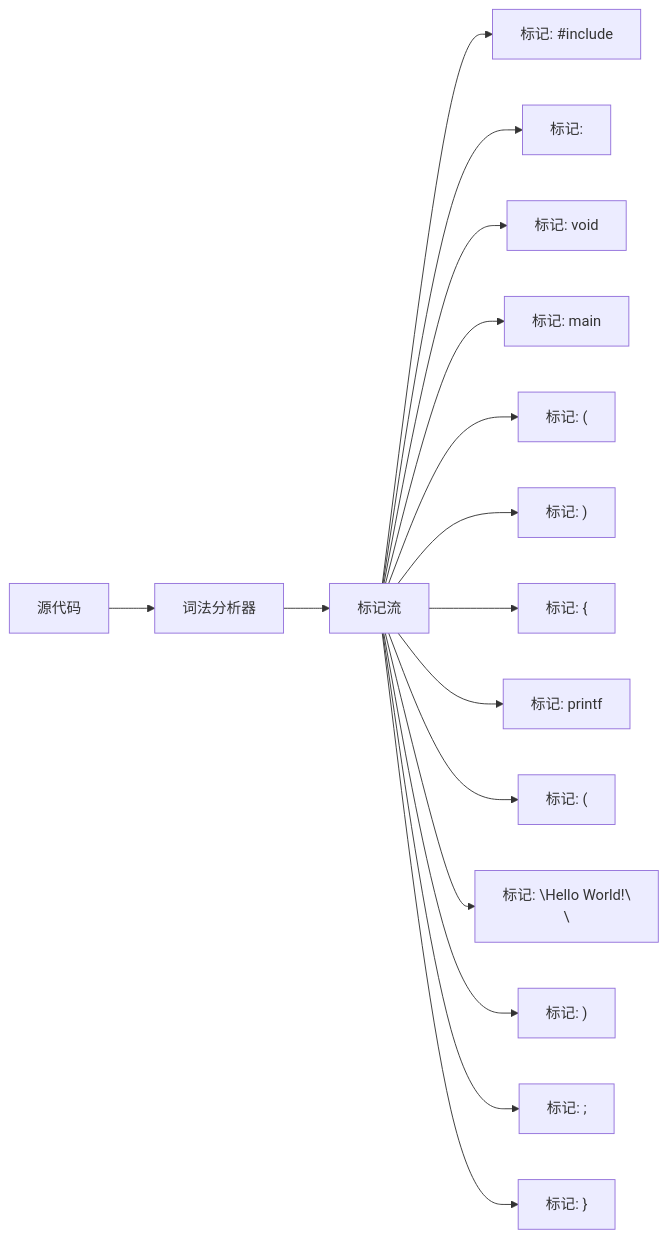
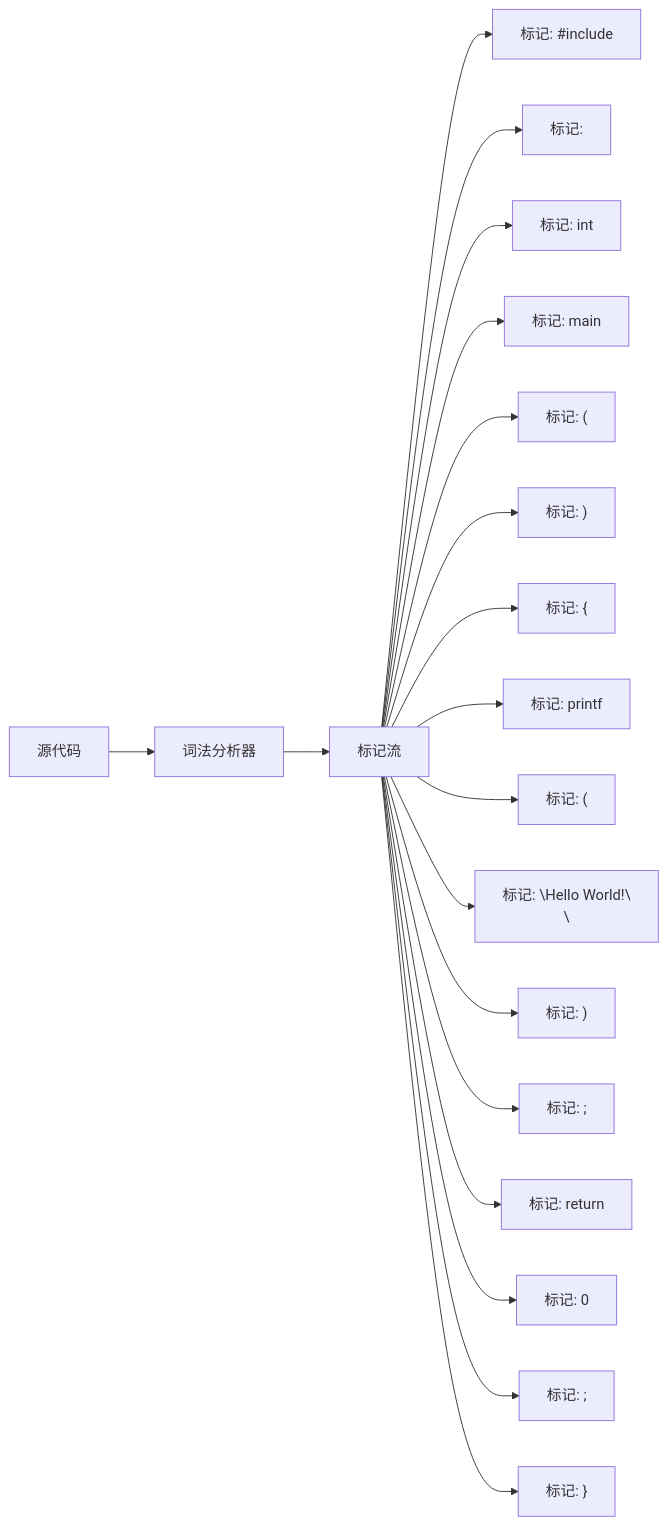
Before and after one commit to Chenpeel/Chenpeel.github.io: the second of 6 diagrams in docs/cs/basic/c_cpp/0x01.md, drawn with Mermaid. The commit also changed other lines of this file, not shown here.

````diff
--- a/docs/cs/basic/c_cpp/0x01.md
+++ b/docs/cs/basic/c_cpp/0x01.md
@@ -57,20 +57,23 @@
 ```mermaid
 graph LR
     A["源代码"] --> B["词法分析器"]
     B --> C["标记流"]
-
+    
     C --> T1["标记: #include"]
     C --> T2["标记: <stdio.h>"]
-    C --> T3["标记: void"]
+    C --> T3["标记: int"]
     C --> T4["标记: main"]
     C --> T5["标记: ("]
     C --> T6["标记: )"]
     C --> T7["标记: {"]
     C --> T8["标记: printf"]
     C --> T9["标记: ("]
     C --> T10["标记: \"Hello World!\\n\""]
     C --> T11["标记: )"]
     C --> T12["标记: ;"]
-    C --> T13["标记: }"]
+    C --> T13["标记: return"]
+    C --> T14["标记: 0"]
+    C --> T15["标记: ;"]
+    C --> T16["标记: }"]
 
 ```
````
